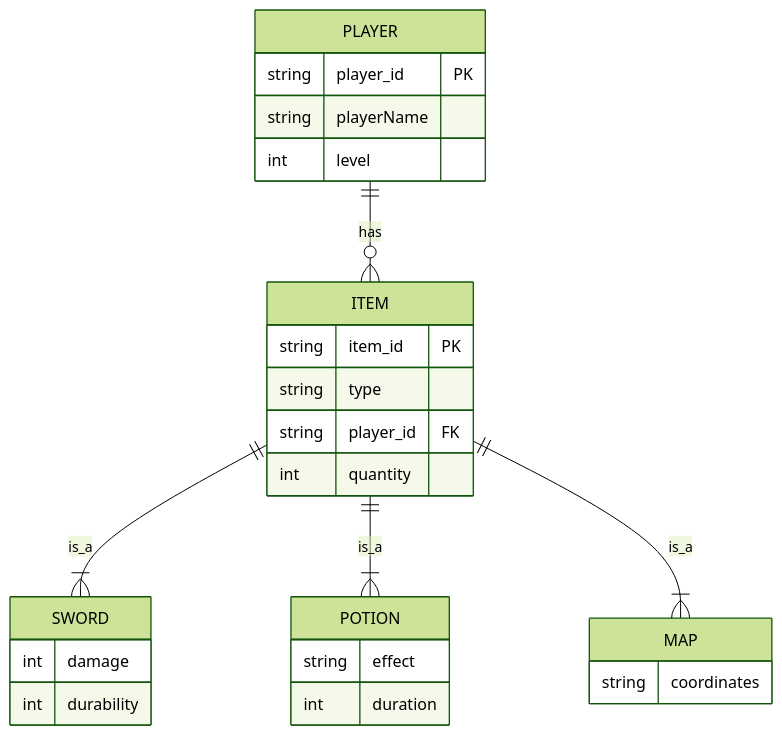
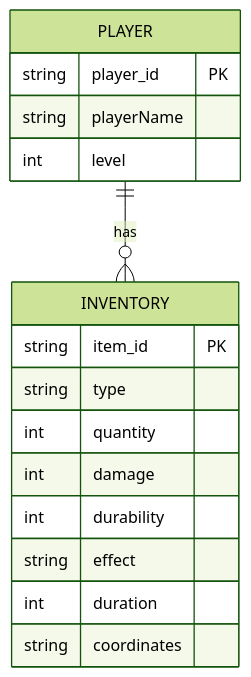
One commit to Rosario-sanchez-marin/RPG-Inventory-System changed the diagram in project-root/docs/schema.md. Above: the diagram before and after it, drawn with Mermaid (forest theme).

````diff
--- a/project-root/docs/schema.md
+++ b/project-root/docs/schema.md
@@ -3,33 +3,22 @@
 ```mermaid   
 
 erDiagram
     PLAYER {
         string player_id PK
         string playerName
         int level
     }
-    ITEM {
+    INVENTORY {
         string item_id PK
         string type
-        string player_id FK
         int quantity
-    }
-    SWORD {
         int damage
         int durability
-    }
-    POTION {
         string effect
         int duration
-    }
-    MAP {
         string coordinates
     }
 
-    PLAYER ||--o{ ITEM : has
-    ITEM ||--|{ SWORD : is_a
-    ITEM ||--|{ POTION : is_a
-    ITEM ||--|{ MAP : is_a
-
+    PLAYER ||--o{ INVENTORY : has
 
 ```
````
